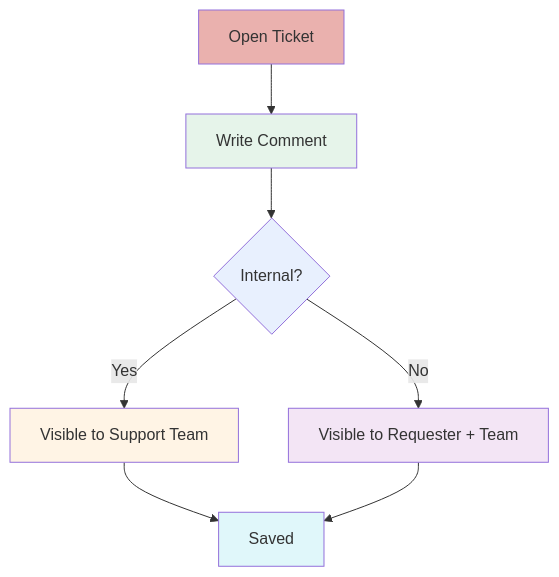
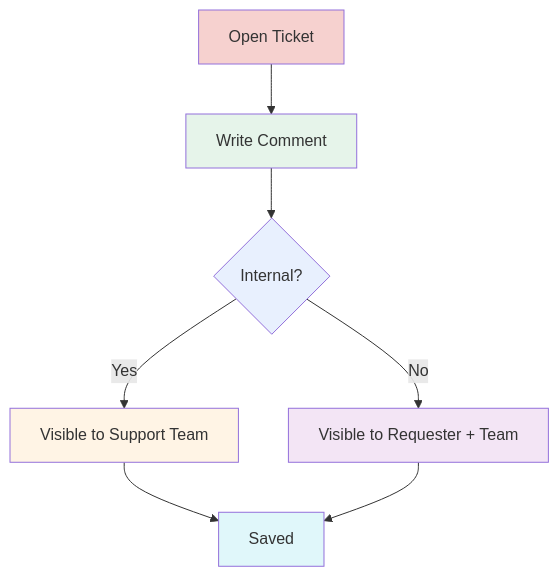
Before and after one commit to salmanb74-dev/ntg-ticket: the second of 7 diagrams in NTG-Ticket-User Guide.md, drawn with Mermaid. The commit also changed other lines of this file, not shown here.

````diff
--- a/NTG-Ticket-User Guide.md
+++ b/NTG-Ticket-User Guide.md
@@ -126,15 +126,15 @@
 ```mermaid
 flowchart TD
     A[Open Ticket] --> B[Write Comment]
     B --> C{Internal?}
     C -- Yes --> D[Visible to Support Team]
     C -- No --> E[Visible to Requester + Team]
     D --> F[Saved]
     E --> F[Saved]
-    style A fill:#EAB1AE
+    style A fill:#F6D1CF
     style B fill:#E6F4EA
     style C fill:#E8F0FE
     style D fill:#FFF4E5
     style E fill:#F3E5F5
     style F fill:#E0F7FA
 ```
````
